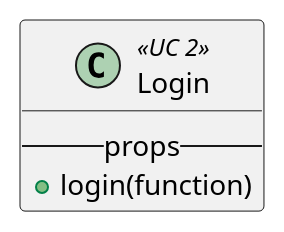
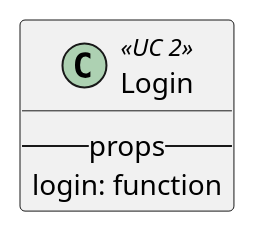
One commit to M9k/Marvin-Uml changed the diagram in react/custom/login.iuml. Above: the diagram before and after it, drawn with PlantUML. The commit also changed 15 other files, not shown here.

```diff
--- a/react/custom/login.iuml
+++ b/react/custom/login.iuml
@@ -1,4 +1,4 @@
 class Login <<UC 2>>{
   --props--
-    + login(function)
+    login: function
 }
```
